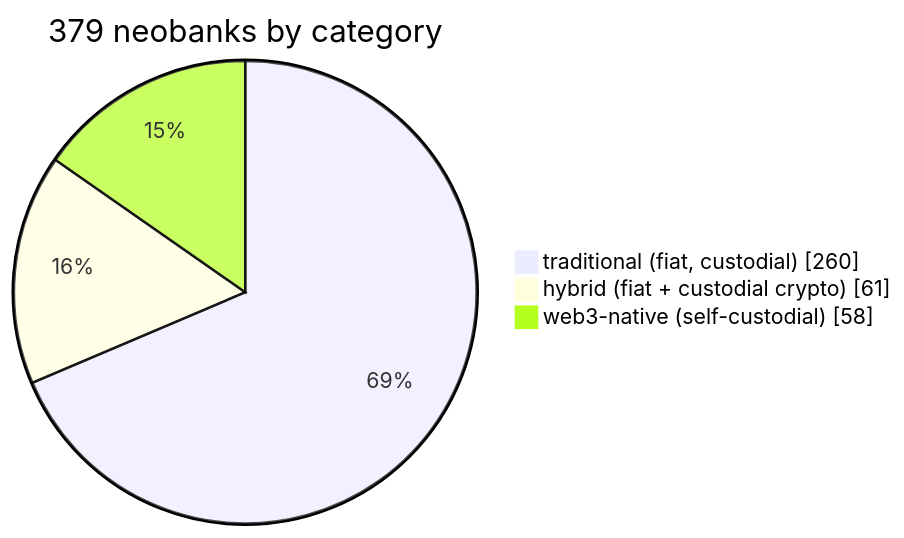
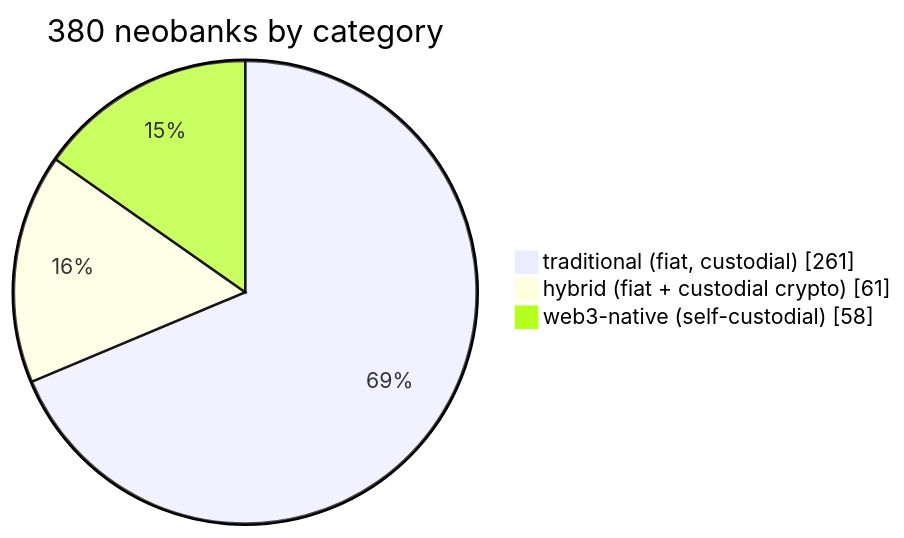
Before and after one commit to andreolf/neobankbeat: the first of 3 diagrams in README.md, drawn with Mermaid. The commit also changed other lines of this file and 4004 other files, not shown here.

````diff
--- a/README.md
+++ b/README.md
@@ -42,6 +42,6 @@
 ```mermaid
-pie showData title 379 neobanks by category
-    "traditional (fiat, custodial)" : 260
+pie showData title 380 neobanks by category
+    "traditional (fiat, custodial)" : 261
     "hybrid (fiat + custodial crypto)" : 61
     "web3-native (self-custodial)" : 58
 ```
````
